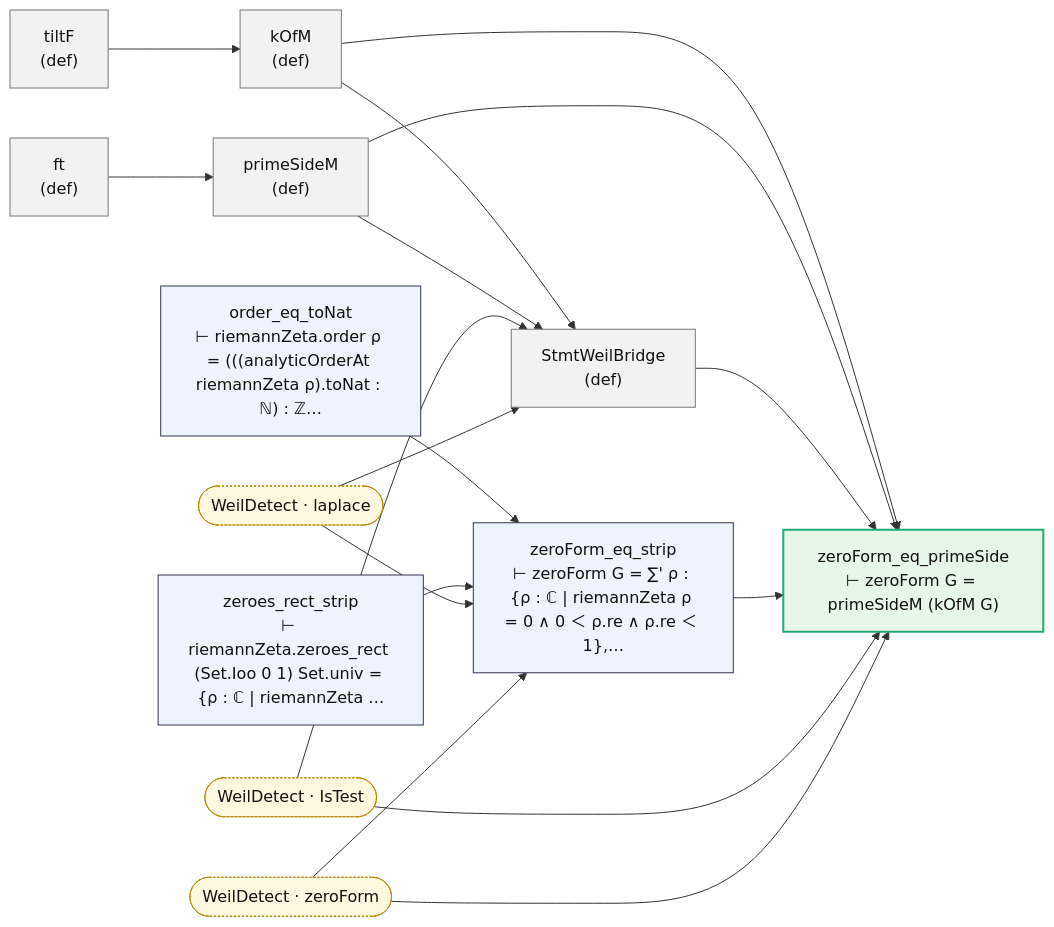
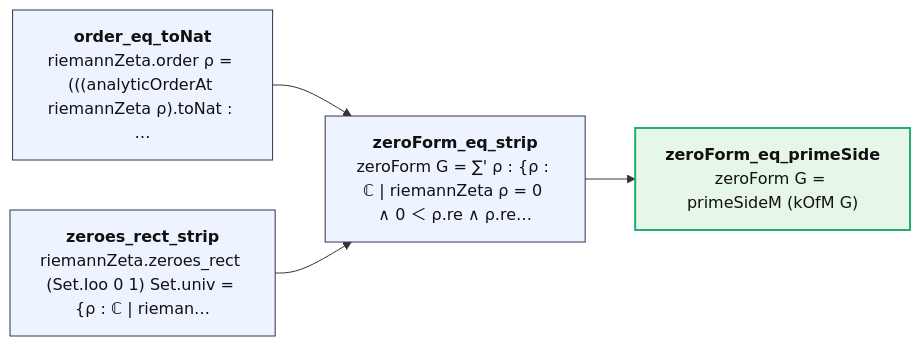
The diagram in map/lean_stage3/WeilBridgeLeaf.md (juliansambranojr/Primebeat_081426), drawn with Mermaid before and after one commit. The commit also changed other lines of this file and 387 other files, not shown here.

````diff
--- a/map/lean_stage3/WeilBridgeLeaf.md
+++ b/map/lean_stage3/WeilBridgeLeaf.md
@@ -8,37 +12,15 @@
 ```mermaid
 flowchart LR
-  n0["tiltF<br/>(def)"]:::dfn
-  n1["ft<br/>(def)"]:::dfn
-  n2["kOfM<br/>(def)"]:::dfn
-  n3["primeSideM<br/>(def)"]:::dfn
-  n4["StmtWeilBridge<br/>(def)"]:::dfn
-  n5["order_eq_toNat<br/>⊢ riemannZeta.order ρ = (((analyticOrderAt riemannZeta ρ).toNat : ℕ) : ℤ…"]:::thm
-  n6["zeroes_rect_strip<br/>⊢ riemannZeta.zeroes_rect (Set.Ioo 0 1) Set.univ = {ρ : ℂ | riemannZeta …"]:::thm
-  n7["zeroForm_eq_strip<br/>⊢ zeroForm G = ∑' ρ : {ρ : ℂ | riemannZeta ρ = 0 ∧ 0 ＜ ρ.re ∧ ρ.re ＜ 1},…"]:::thm
-  n8["zeroForm_eq_primeSide<br/>⊢ zeroForm G = primeSideM (kOfM G)"]:::end_
-  x0(["WeilDetect · IsTest"]):::ext
-  x1(["WeilDetect · laplace"]):::ext
-  x2(["WeilDetect · zeroForm"]):::ext
+  n0["<b>order_eq_toNat</b><br/>riemannZeta.order ρ = (((analyticOrderAt riemannZeta ρ).toNat : …"]:::thm
+  n1["<b>zeroes_rect_strip</b><br/>riemannZeta.zeroes_rect (Set.Ioo 0 1) Set.univ = {ρ : ℂ | rieman…"]:::thm
+  n2["<b>zeroForm_eq_strip</b><br/>zeroForm G = ∑' ρ : {ρ : ℂ | riemannZeta ρ = 0 ∧ 0 ＜ ρ.re ∧ ρ.re…"]:::thm
+  n3["<b>zeroForm_eq_primeSide</b><br/>zeroForm G = primeSideM (kOfM G)"]:::end_
   n0 --> n2
-  n1 --> n3
-  n2 --> n4
-  n2 --> n8
-  n3 --> n4
-  n3 --> n8
-  n4 --> n8
-  n5 --> n7
-  n6 --> n7
-  n7 --> n8
-  x0 --> n4
-  x0 --> n8
-  x1 --> n4
-  x1 --> n7
-  x2 --> n7
-  x2 --> n8
+  n1 --> n2
+  n2 --> n3
   classDef thm fill:#eef4ff,stroke:#335,color:#111
-  classDef dfn fill:#f2f2f2,stroke:#777,color:#111
   classDef end_ fill:#e7f7e7,stroke:#2a7,color:#111,stroke-width:2px
   classDef lone fill:#fff,stroke:#999,color:#111,stroke-dasharray:4 3
   classDef bad fill:#ffe5e5,stroke:#c22,color:#111,stroke-width:2px
-  classDef ext fill:#fff8e1,stroke:#b80,color:#111,stroke-dasharray:2 2
+  classDef ext fill:#fff8e1,stroke:#b80,color:#111
 ```
````
